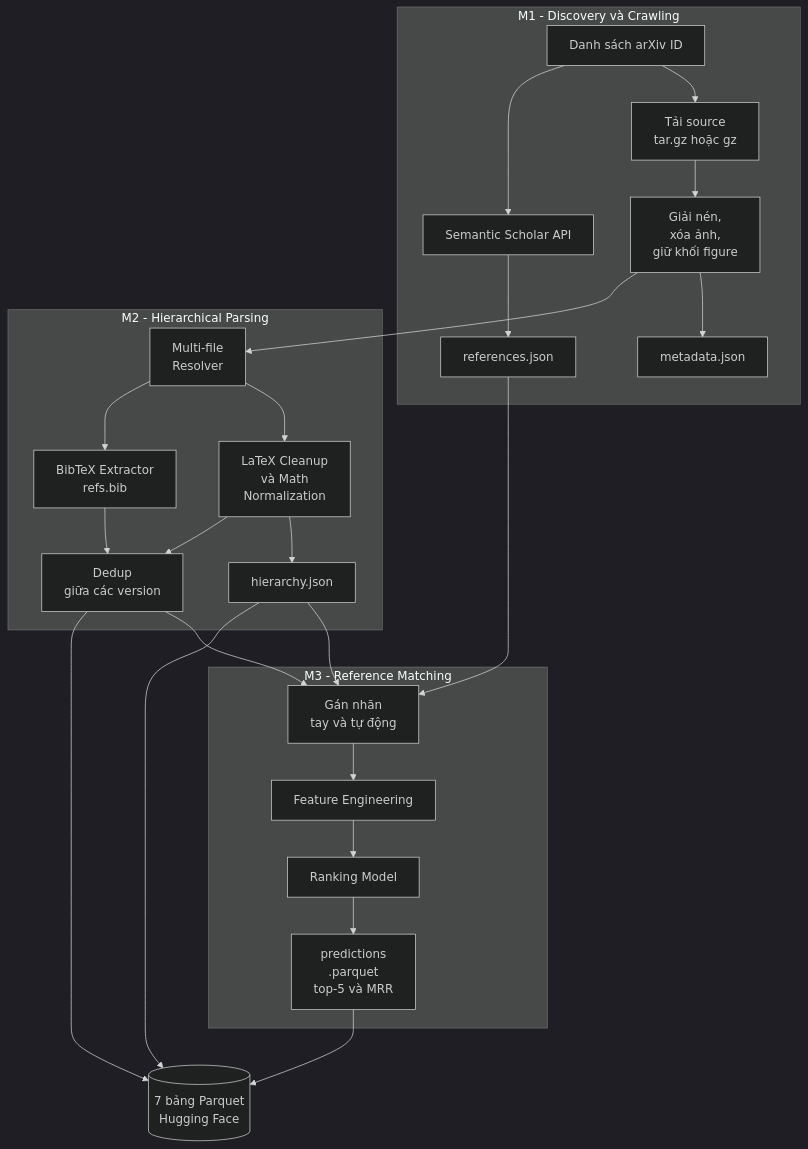
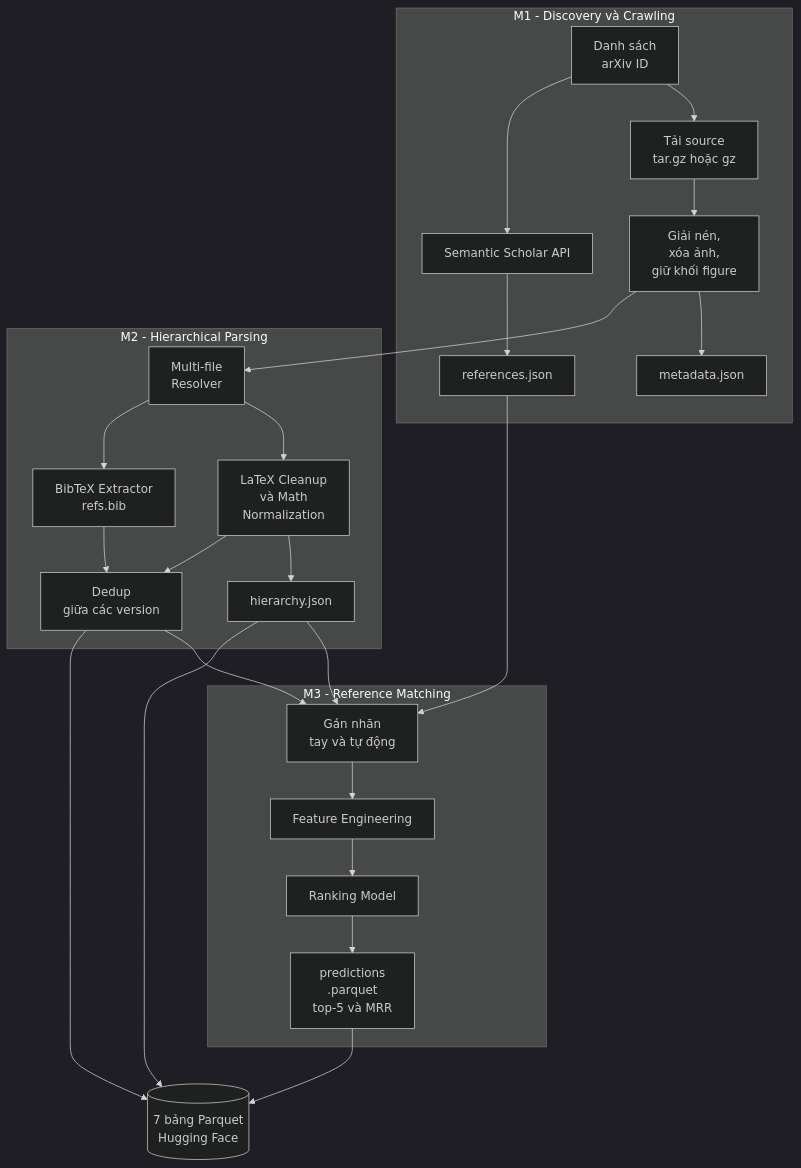
Before and after one commit to tkiet06-us/Intro2DS---ArXiv-Project: the diagram in README.md, drawn with Mermaid (dark theme).

Commit message:
P1-01: create Github repo and project framework

````diff
--- a/README.md
+++ b/README.md
@@ -69,29 +69,29 @@
 ```mermaid
 flowchart TD
     subgraph M1["M1 - Discovery và Crawling"]
-        A["Danh sách arXiv ID"] --> B["Tải source<br/>tar.gz hoặc gz"]
+        A["Danh sách <br> arXiv ID"] --> B["Tải source<br/>tar.gz hoặc gz"]
         B --> C["Giải nén,<br/>xóa ảnh,<br/>giữ khối figure"]
         C --> D["metadata.json"]
         A --> E["Semantic Scholar API"]
         E --> F["references.json"]
     end
     subgraph M2["M2 - Hierarchical Parsing"]
         C --> G["Multi-file<br/>Resolver"]
         G --> H["LaTeX Cleanup<br/>và Math<br/>Normalization"]
         H --> I["hierarchy.json"]
         G --> J["BibTeX Extractor<br/>refs.bib"]
         H --> K["Dedup<br/>giữa các version"]
         J --> K
     end
     subgraph M3["M3 - Reference Matching"]
         I --> L["Gán nhãn<br/>tay và tự động"]
         K --> L
         F --> L
         L --> FE["Feature Engineering"]
         FE --> RM["Ranking Model"]
         RM --> PR["predictions<br/>.parquet<br/>top-5 và MRR"]
     end
     PR --> HF[("7 bảng Parquet<br/>Hugging Face")]
     K --> HF
     I --> HF
 ```
````
